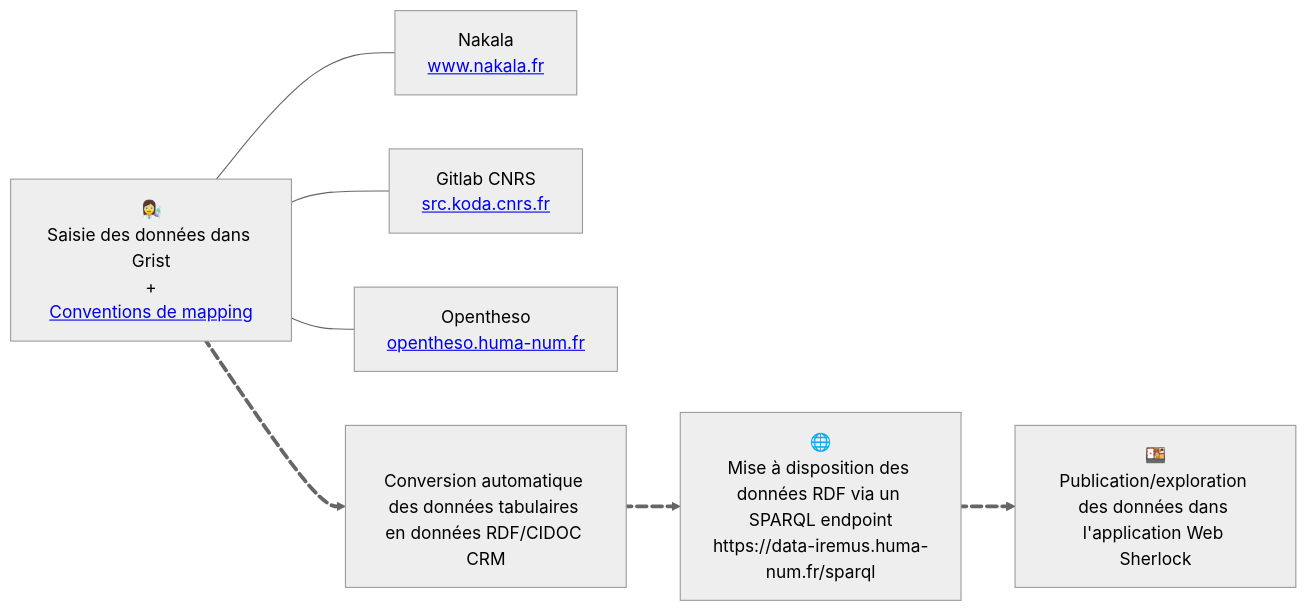
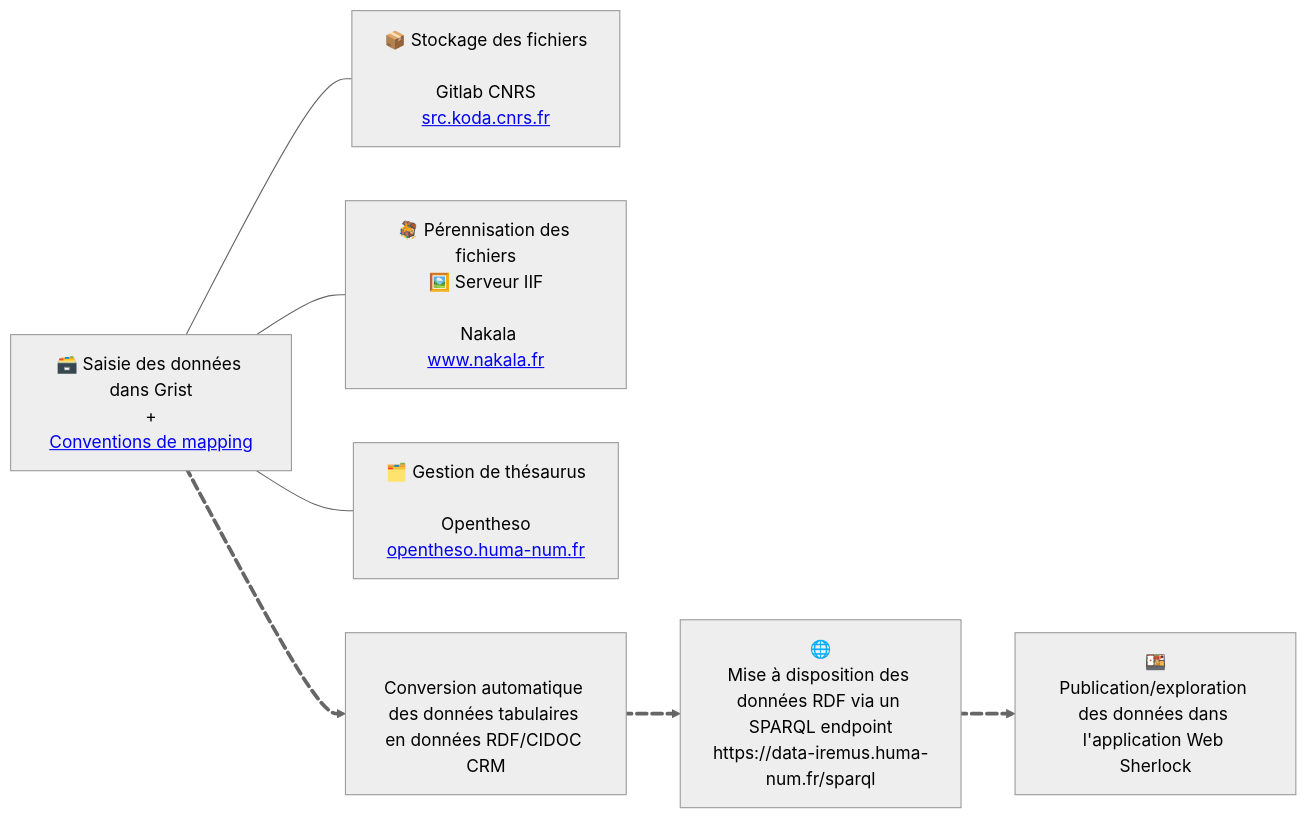
One commit to sherlock-iremus/sherlock changed the diagram in README.md. Above: the diagram before and after it, drawn with Mermaid (neutral theme).

````diff
--- a/README.md
+++ b/README.md
@@ -48,22 +48,22 @@
 ```mermaid
     flowchart LR
-    grist[👩‍🔬<br>Saisie des données dans Grist<br>+<br><a target="_blank" href="https://github.com/sherlock-iremus/sherlock-grist-to-crm/blob/main/doc/mapping.md">Conventions de mapping</a>]
-    nakala[Nakala<br><a target="_blank" href="https://www.nakala.fr/">www.nakala.fr</a>]
-    koda[Gitlab CNRS<br><a target="_blank" href="https://src.koda.cnrs.fr/">src.koda.cnrs.fr</a>]
-    hnot[Opentheso<br><a target="_blank" href="https://opentheso.huma-num.fr/">opentheso.huma-num.fr</a>]
+    grist[🗃️ Saisie des données dans Grist<br>+<br><a target="_blank" href="https://github.com/sherlock-iremus/sherlock-grist-to-crm/blob/main/doc/mapping.md">Conventions de mapping</a>]
+    koda[📦 Stockage des fichiers<br><br>Gitlab CNRS<br><a target="_blank" href="https://src.koda.cnrs.fr/">src.koda.cnrs.fr</a>]
+    nakala[🪎 Pérennisation des fichiers<br>🖼️ Serveur IIF<br><br> Nakala<br><a target="_blank" href="https://www.nakala.fr/">www.nakala.fr</a>]
+    hnot[🗂️ Gestion de thésaurus<br><br>Opentheso<br><a target="_blank" href="https://opentheso.huma-num.fr/">opentheso.huma-num.fr</a>]
     scripts[<br>Conversion automatique des données tabulaires en données RDF/CIDOC CRM]
     sparql[🌐<br>Mise à disposition des données RDF via un SPARQL endpoint<br>https://data-iremus.huma-num.fr/sparql]
     sherlock[🍱<br>Publication/exploration des données dans l'application Web Sherlock]
 
     grist e1@==> scripts
     scripts e2@==> sparql
     sparql e3@==> sherlock
 
     grist---koda
     grist---hnot
     grist---nakala
 
     e1@{ animate: true }
     e2@{ animate: true }
     e3@{ animate: true }
 ```
````
